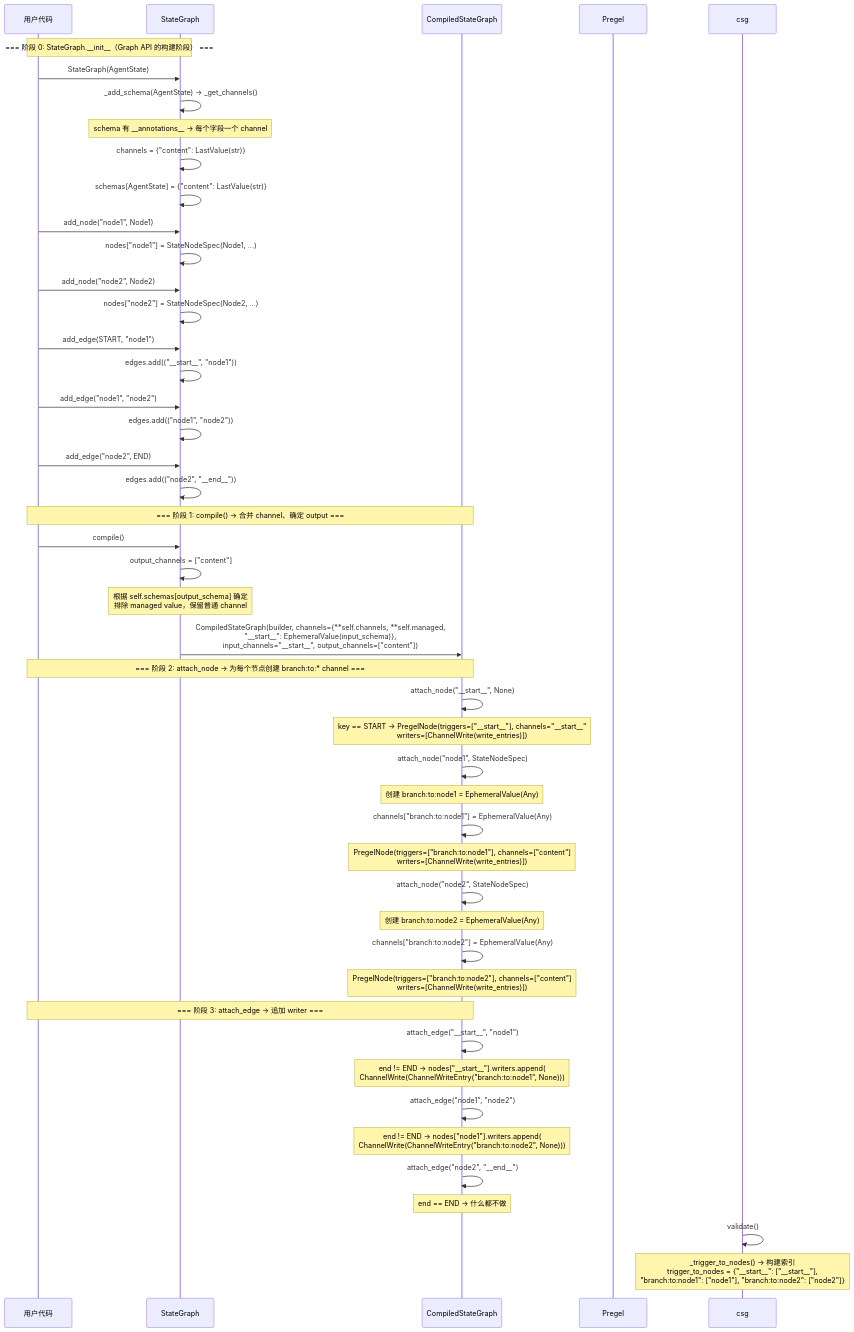
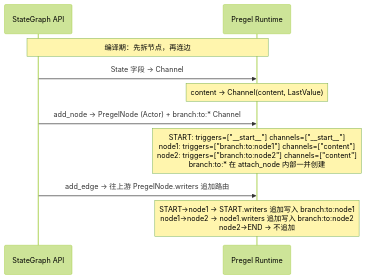
The diagram in books/langgraph/05-langgraph-pregel.md (whoisrio/agent-cookbook), drawn with Mermaid before and after one commit. The commit also changed other lines of this file and 17 other files, not shown here.

````diff
--- a/books/langgraph/05-langgraph-pregel.md
+++ b/books/langgraph/05-langgraph-pregel.md
@@ -148,113 +22,18 @@
 ```mermaid
-
+%%{init: {'theme':'forest'}}%%
 sequenceDiagram
 
-participant User as 用户代码
+participant API as StateGraph API
+participant Pregel as Pregel Runtime
 
-participant SG as StateGraph
+Note over API,Pregel: 编译期：先拆节点，再连边
 
-participant CSG as CompiledStateGraph
+API->>Pregel: State 字段 → Channel
+Note over Pregel: content → Channel(content, LastValue)
 
-participant Pregel as Pregel
+API->>Pregel: add_node → PregelNode (Actor) + branch:to:* Channel
+Note over Pregel: START: triggers=["__start__"] channels=["__start__"]<br/>node1: triggers=["branch:to:node1"] channels=["content"]<br/>node2: triggers=["branch:to:node2"] channels=["content"]<br/>branch:to:* 在 attach_node 内部一并创建
 
-
-
-Note over User,SG: === 阶段 0: StateGraph.__init__（Graph API 的构建阶段） ===
-
-User->>SG: StateGraph(AgentState)
-
-SG->>SG: _add_schema(AgentState) → _get_channels()
-
-Note over SG: schema 有 __annotations__ → 每个字段一个 channel
-
-SG->>SG: channels = {"content": LastValue(str)}
-
-SG->>SG: schemas[AgentState] = {"content": LastValue(str)}
-
-User->>SG: add_node("node1", Node1)
-
-SG->>SG: nodes["node1"] = StateNodeSpec(Node1, ...)
-
-User->>SG: add_node("node2", Node2)
-
-SG->>SG: nodes["node2"] = StateNodeSpec(Node2, ...)
-
-User->>SG: add_edge(START, "node1")
-
-SG->>SG: edges.add(("__start__", "node1"))
-
-User->>SG: add_edge("node1", "node2")
-
-SG->>SG: edges.add(("node1", "node2"))
-
-User->>SG: add_edge("node2", END)
-
-SG->>SG: edges.add(("node2", "__end__"))
-
-
-
-Note over User,CSG: === 阶段 1: compile() → 合并 channel、确定 output ===
-
-User->>SG: compile()
-
-SG->>SG: output_channels = ["content"]
-
-Note over SG: 根据 self.schemas[output_schema] 确定<br/>排除 managed value，保留普通 channel
-
-SG->>CSG: CompiledStateGraph(builder, channels={**self.channels, **self.managed,<br/>"__start__": EphemeralValue(input_schema)},<br/>input_channels="__start__", output_channels=["content"])
-
-
-
-Note over User,CSG: === 阶段 2: attach_node → 为每个节点创建 branch:to:* channel ===
-
-CSG->>CSG: attach_node("__start__", None)
-
-Note over CSG: key == START → PregelNode(triggers=["__start__"], channels="__start__"<br/>writers=[ChannelWrite(write_entries)])
-
-
-
-CSG->>CSG: attach_node("node1", StateNodeSpec)
-
-Note over CSG: 创建 branch:to:node1 = EphemeralValue(Any)
-
-CSG->>CSG: channels["branch:to:node1"] = EphemeralValue(Any)
-
-Note over CSG: PregelNode(triggers=["branch:to:node1"], channels=["content"]<br/>writers=[ChannelWrite(write_entries)])
-
-
-
-CSG->>CSG: attach_node("node2", StateNodeSpec)
-
-Note over CSG: 创建 branch:to:node2 = EphemeralValue(Any)
-
-CSG->>CSG: channels["branch:to:node2"] = EphemeralValue(Any)
-
-Note over CSG: PregelNode(triggers=["branch:to:node2"], channels=["content"]<br/>writers=[ChannelWrite(write_entries)])
-
-
-
-Note over User,CSG: === 阶段 3: attach_edge → 追加 writer ===
-
-CSG->>CSG: attach_edge("__start__", "node1")
-
-Note over CSG: end != END → nodes["__start__"].writers.append(<br/>ChannelWrite(ChannelWriteEntry("branch:to:node1", None)))
-
-
-
-CSG->>CSG: attach_edge("node1", "node2")
-
-Note over CSG: end != END → nodes["node1"].writers.append(<br/>ChannelWrite(ChannelWriteEntry("branch:to:node2", None)))
-
-
-
-CSG->>CSG: attach_edge("node2", "__end__")
-
-Note over CSG: end == END → 什么都不做
-
-
-
-csg->>csg: validate()
-
-Note over csg: _trigger_to_nodes() → 构建索引<br/>trigger_to_nodes = {"__start__": ["__start__"],<br/>"branch:to:node1": ["node1"], "branch:to:node2": ["node2"]}
-
+API->>Pregel: add_edge → 往上游 PregelNode.writers 追加路由
+Note over Pregel: START→node1 → START.writers 追加写入 branch:to:node1<br/>node1→node2 → node1.writers 追加写入 branch:to:node2<br/>node2→END → 不追加
 ```
````
